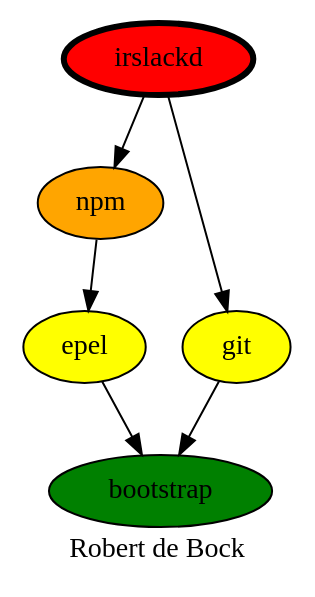
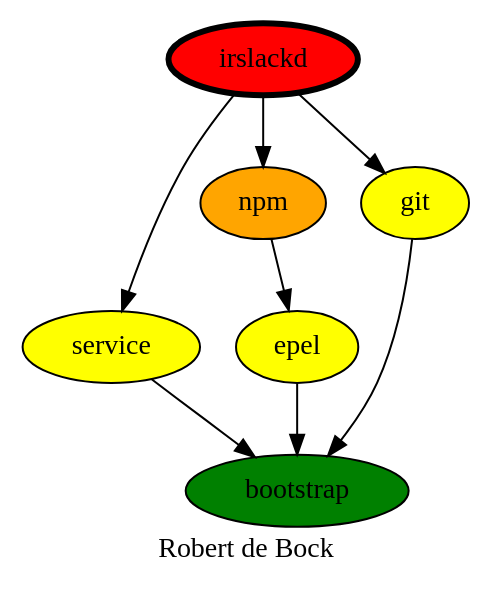
One commit to robertdebock/drawings changed the diagram in irslackd.dot. Above: the diagram before and after it, drawn with Graphviz. The commit also changed 7 other files, not shown here.

```diff
--- a/irslackd.dot
+++ b/irslackd.dot
@@ -1,14 +1,15 @@
 digraph PhiloDilemma {
   label = "Robert de Bock" ;
   overlap=false
   {
     bootstrap [fillcolor=green style=filled]
     epel [fillcolor=yellow style=filled]
+    service [fillcolor=yellow style=filled]
     npm [fillcolor=orange style=filled]
     git [fillcolor=yellow style=filled]
     irslackd [fillcolor=red style=filled penwidth=3]
   }
-  {epel git} -> bootstrap
+  {epel git service} -> bootstrap
   npm -> epel
-  irslackd -> {npm git}
+  irslackd -> {npm git service}
 }
```
